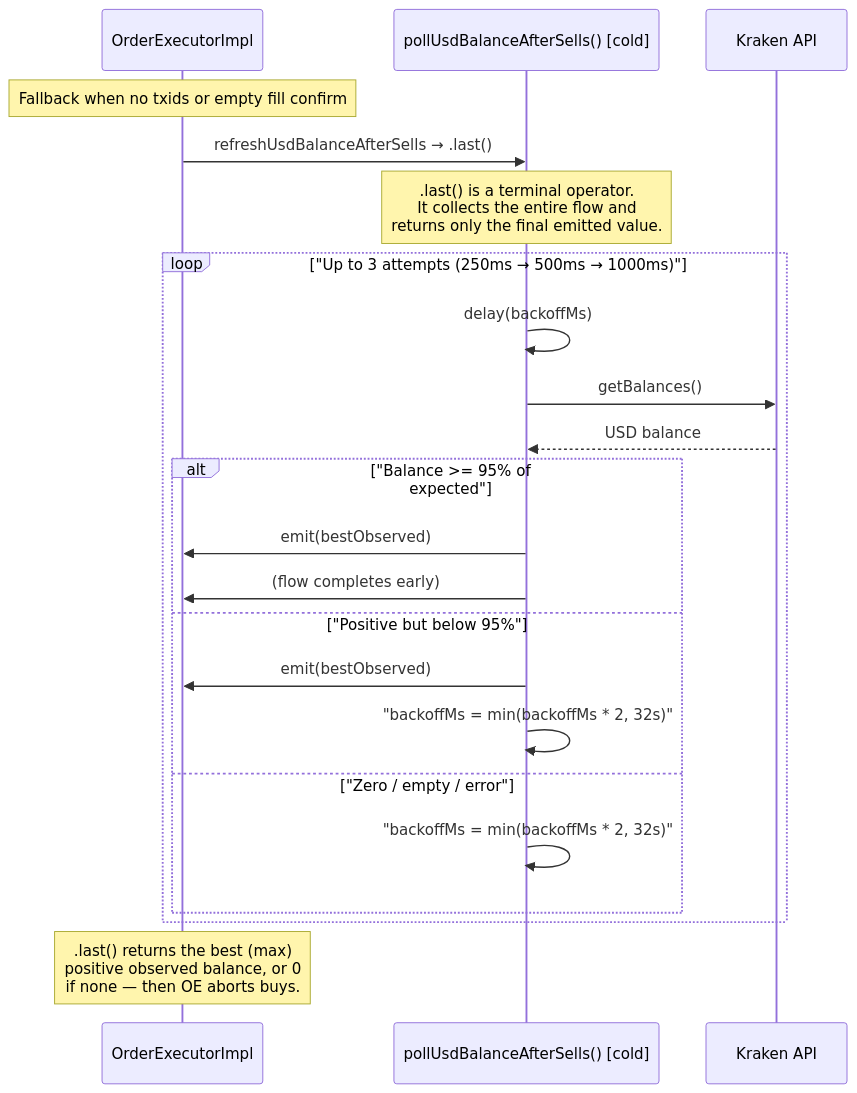
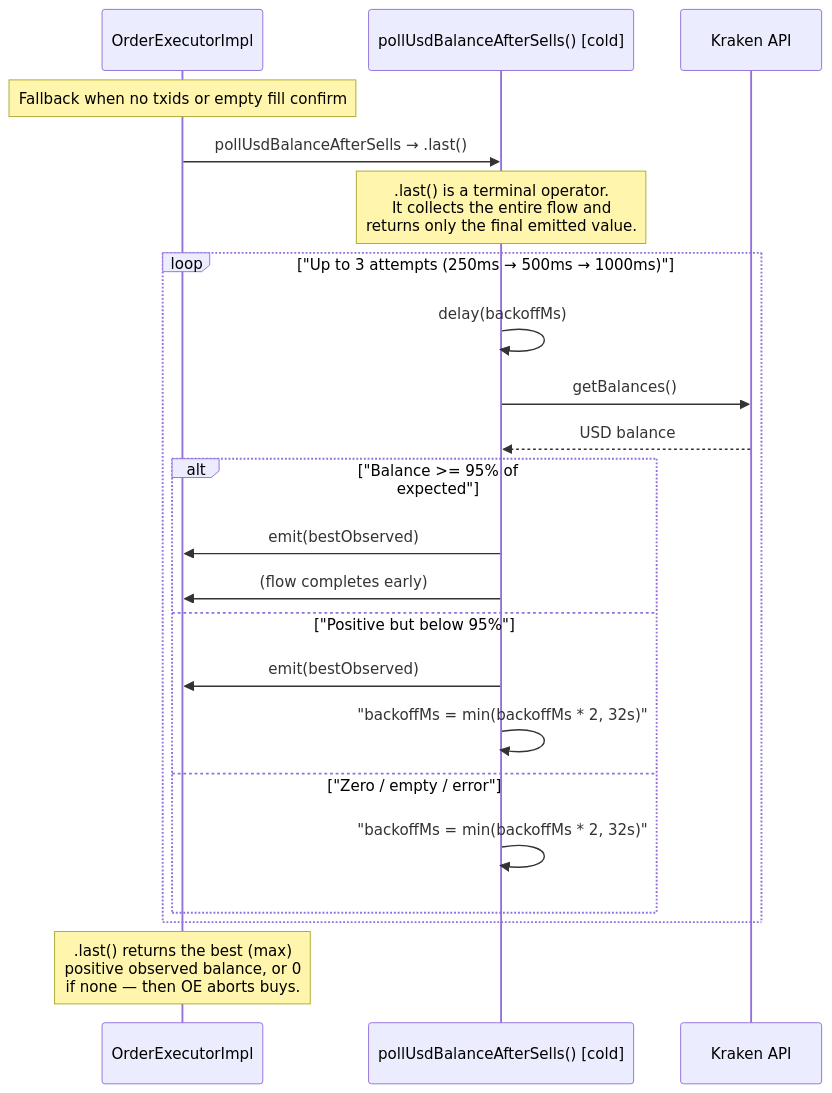
One commit to HyperVon/new-kraken-rebalancer changed the sixth of 6 diagrams in docs/FLOWS.md. Above: the diagram before and after it, drawn with Mermaid. The commit also changed other lines of this file and 39 other files, not shown here.

````diff
--- a/docs/FLOWS.md
+++ b/docs/FLOWS.md
@@ -305,27 +307,27 @@
 ```mermaid
 sequenceDiagram
     participant OE as OrderExecutorImpl
     participant Flow as pollUsdBalanceAfterSells() [cold]
     participant API as Kraken API
 
     note over OE: Fallback when no txids or empty fill confirm
-    OE->>Flow: refreshUsdBalanceAfterSells → .last()
+    OE->>Flow: pollUsdBalanceAfterSells → .last()
     note over Flow: .last() is a terminal operator.<br/>It collects the entire flow and<br/>returns only the final emitted value.
 
     loop "Up to 3 attempts (250ms → 500ms → 1000ms)"
         Flow->>Flow: delay(backoffMs)
         Flow->>API: getBalances()
         API-->>Flow: USD balance
         alt "Balance >= 95% of expected"
             Flow->>OE: emit(bestObserved)
             Flow->>OE: (flow completes early)
         else "Positive but below 95%"
             Flow->>OE: emit(bestObserved)
             Flow->>Flow: "backoffMs = min(backoffMs * 2, 32s)"
         else "Zero / empty / error"
             Flow->>Flow: "backoffMs = min(backoffMs * 2, 32s)"
         end
     end
 
     note over OE: .last() returns the best (max)<br/>positive observed balance, or 0<br/>if none — then OE aborts buys.
 ```
````
